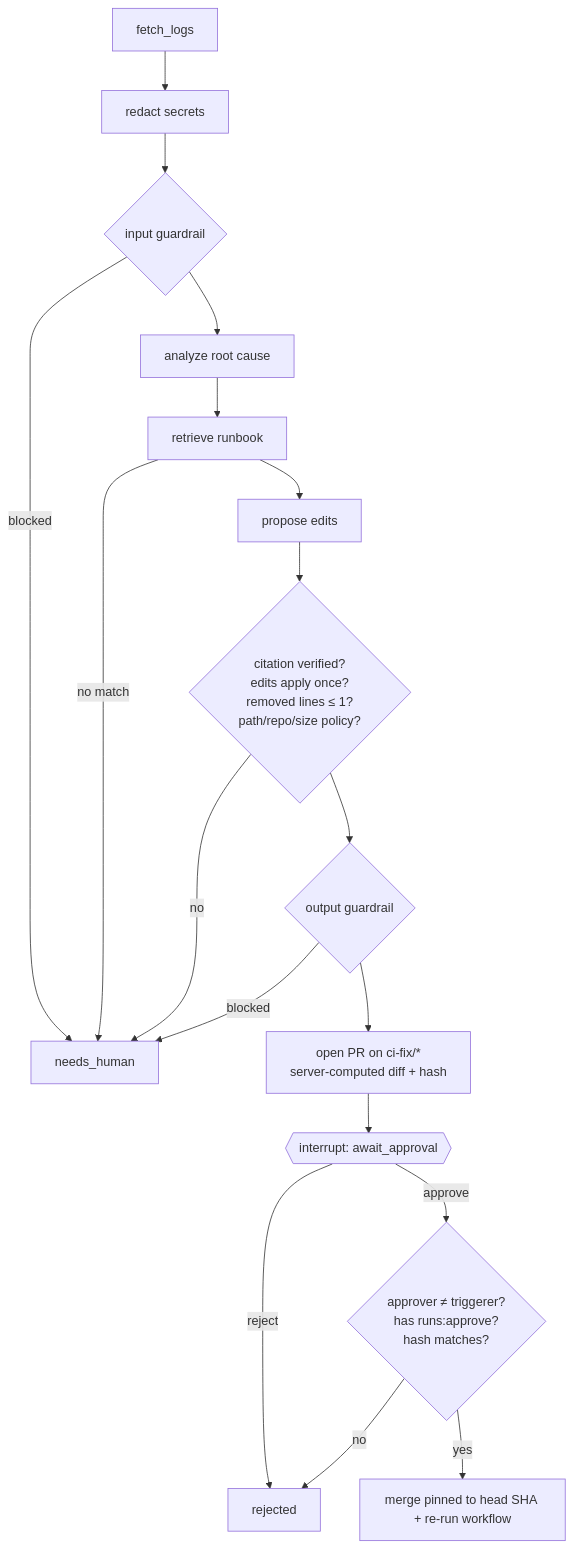
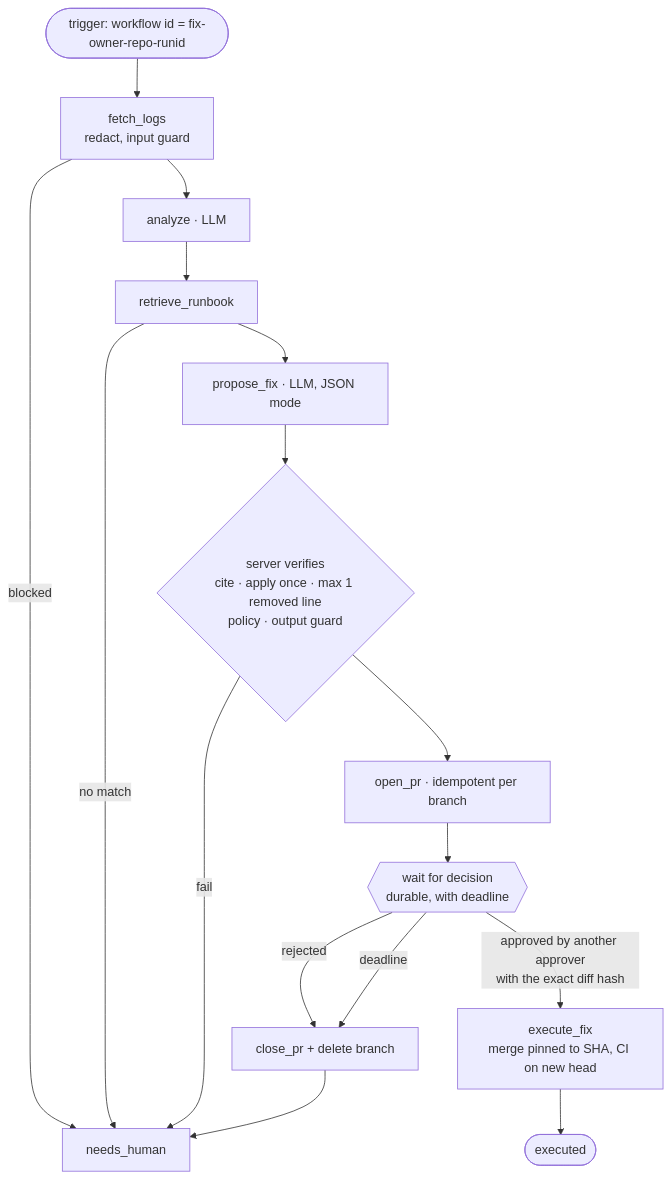
Before and after one commit to Shubham-git7/github-actions-ci-analyzer: the second of 3 diagrams in docs/ARCHITECTURE.md, drawn with Mermaid. The commit also changed other lines of this file and 64 other files, not shown here.

````diff
--- a/docs/ARCHITECTURE.md
+++ b/docs/ARCHITECTURE.md
@@ -25,20 +24,17 @@
 ```mermaid
 flowchart TD
-  A[fetch_logs] --> B[redact secrets]
-  B --> C{input guardrail}
-  C -- blocked --> H[needs_human]
-  C --> D[analyze root cause]
-  D --> E[retrieve runbook]
-  E -- no match --> H
-  E --> F[propose edits]
-  F --> G1{citation verified?<br/>edits apply once?<br/>removed lines ≤ 1?<br/>path/repo/size policy?}
-  G1 -- no --> H
-  G1 --> G2{output guardrail}
-  G2 -- blocked --> H
-  G2 --> I[open PR on ci-fix/*<br/>server-computed diff + hash]
-  I --> J{{interrupt: await_approval}}
-  J -- reject --> R[rejected]
-  J -- approve --> K{approver ≠ triggerer?<br/>has runs:approve?<br/>hash matches?}
-  K -- no --> R
-  K -- yes --> L[merge pinned to head SHA + re-run workflow]
+  S([trigger: workflow id = fix-owner-repo-runid]) --> A[fetch_logs<br/>redact, input guard]
+  A -->|blocked| H[needs_human]
+  A --> B[analyze · LLM]
+  B --> C[retrieve_runbook]
+  C -->|no match| H
+  C --> D[propose_fix · LLM, JSON mode]
+  D --> E{server verifies<br/>cite · apply once · max 1 removed line<br/>policy · output guard}
+  E -->|fail| H
+  E --> F[open_pr · idempotent per branch]
+  F --> G{{wait for decision<br/>durable, with deadline}}
+  G -->|approved by another approver<br/>with the exact diff hash| X[execute_fix<br/>merge pinned to SHA, CI on new head]
+  G -->|rejected| Z[close_pr + delete branch]
+  G -->|deadline| Z --> H
+  X --> OK([executed])
 ```
````
